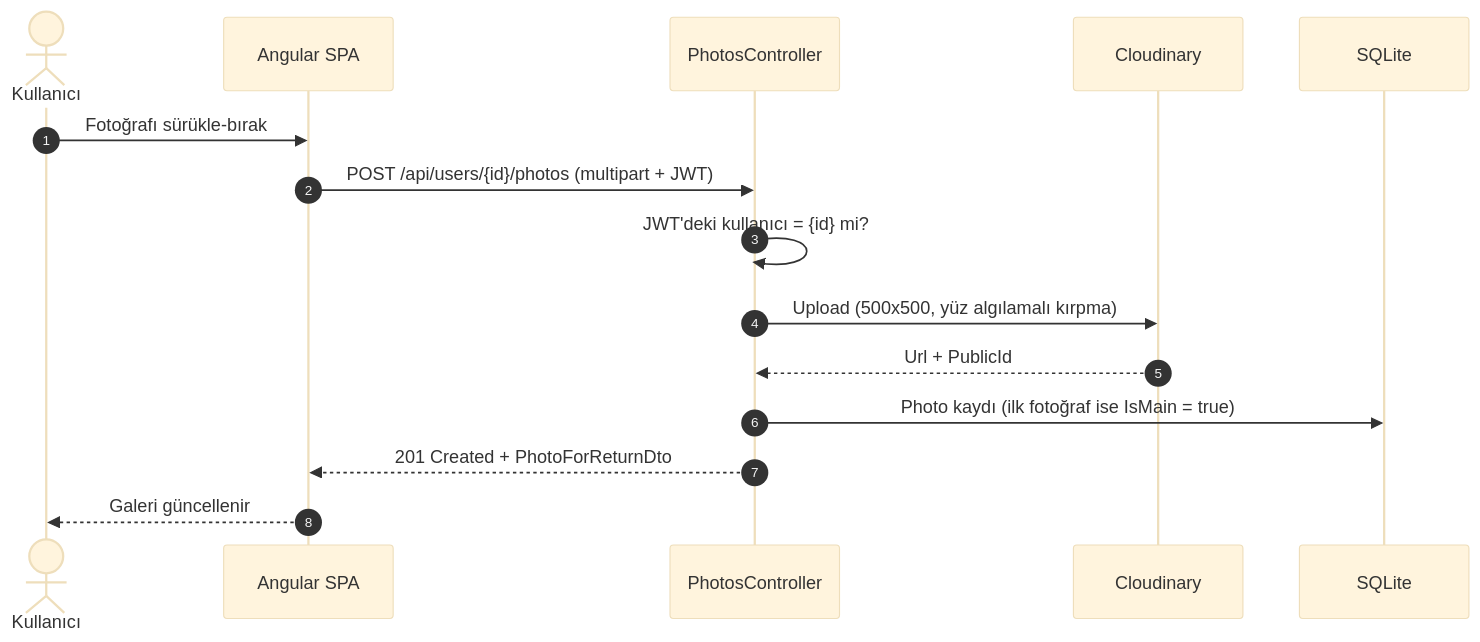
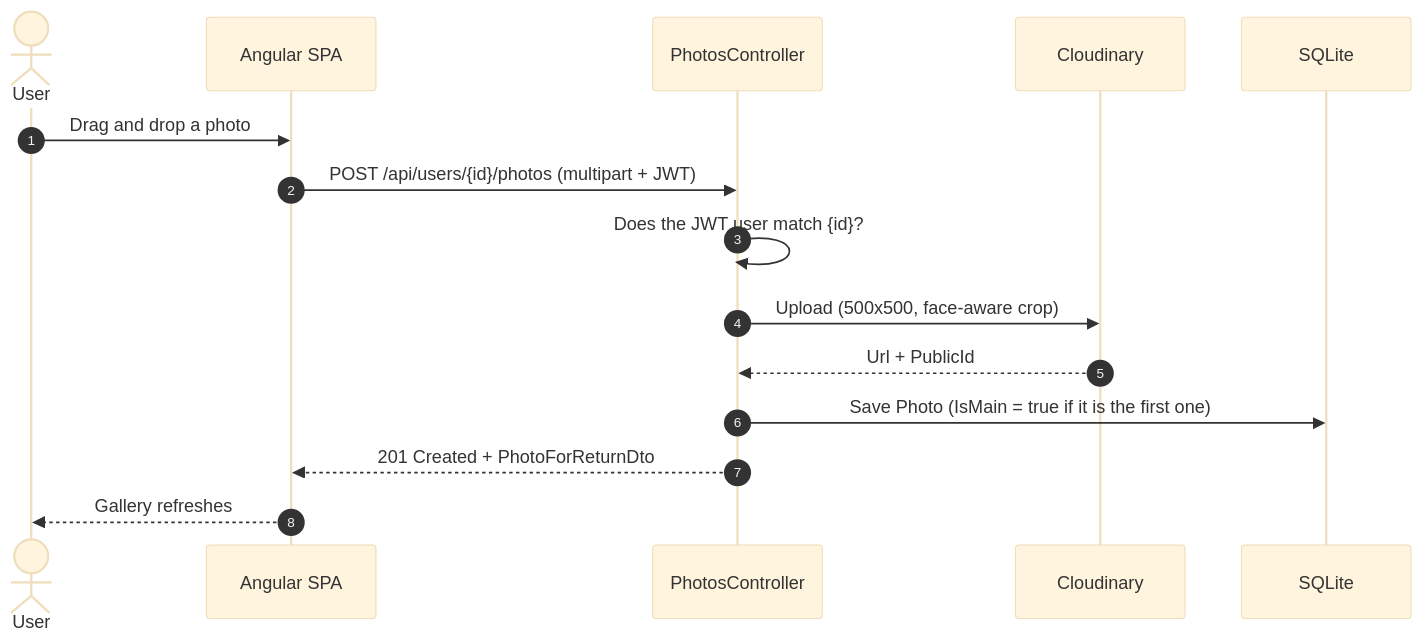
One commit to NisanurBulut/KimOkurAPP changed the fifth of 5 diagrams in README.md. Above: the diagram before and after it, drawn with Mermaid (base theme). The commit also changed other lines of this file, not shown here.

````diff
--- a/README.md
+++ b/README.md
@@ -259,18 +268,18 @@
 ```mermaid
 sequenceDiagram
     autonumber
-    actor U as Kullanıcı
+    actor U as User
     participant SPA as Angular SPA
     participant PH as PhotosController
     participant CLD as Cloudinary
     participant DB as SQLite
 
-    U->>SPA: Fotoğrafı sürükle-bırak
+    U->>SPA: Drag and drop a photo
     SPA->>PH: POST /api/users/{id}/photos (multipart + JWT)
-    PH->>PH: JWT'deki kullanıcı = {id} mi?
-    PH->>CLD: Upload (500x500, yüz algılamalı kırpma)
+    PH->>PH: Does the JWT user match {id}?
+    PH->>CLD: Upload (500x500, face-aware crop)
     CLD-->>PH: Url + PublicId
-    PH->>DB: Photo kaydı (ilk fotoğraf ise IsMain = true)
+    PH->>DB: Save Photo (IsMain = true if it is the first one)
     PH-->>SPA: 201 Created + PhotoForReturnDto
-    SPA-->>U: Galeri güncellenir
+    SPA-->>U: Gallery refreshes
 ```
````
